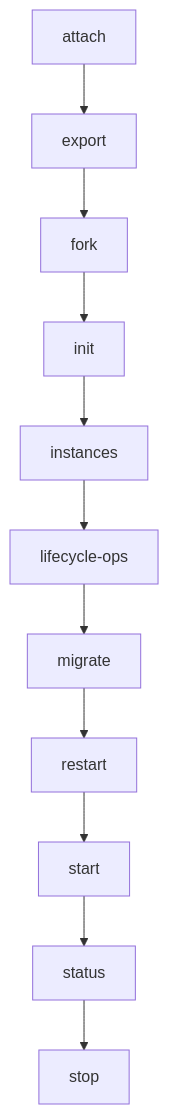
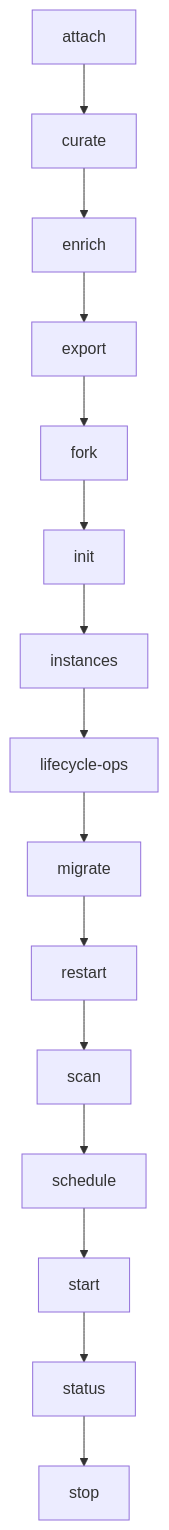
The diagram in docs/workflows/dreamgraph-src-cli-commands.md (mmethodz/dreamgraph), drawn with Mermaid before and after one commit. The commit also changed other lines of this file and 238 other files, not shown here.

````diff
--- a/docs/workflows/dreamgraph-src-cli-commands.md
+++ b/docs/workflows/dreamgraph-src-cli-commands.md
@@ -10,24 +10,32 @@
 ```mermaid
 flowchart TD
     S1["attach"]
-    S2["export"]
+    S2["curate"]
     S1 --> S2
-    S3["fork"]
+    S3["enrich"]
     S2 --> S3
-    S4["init"]
+    S4["export"]
     S3 --> S4
-    S5["instances"]
+    S5["fork"]
     S4 --> S5
-    S6["lifecycle-ops"]
+    S6["init"]
     S5 --> S6
-    S7["migrate"]
+    S7["instances"]
     S6 --> S7
-    S8["restart"]
+    S8["lifecycle-ops"]
     S7 --> S8
-    S9["start"]
+    S9["migrate"]
     S8 --> S9
-    S10["status"]
+    S10["restart"]
     S9 --> S10
-    S11["stop"]
+    S11["scan"]
     S10 --> S11
+    S12["schedule"]
+    S11 --> S12
+    S13["start"]
+    S12 --> S13
+    S14["status"]
+    S13 --> S14
+    S15["stop"]
+    S14 --> S15
 ```
````
